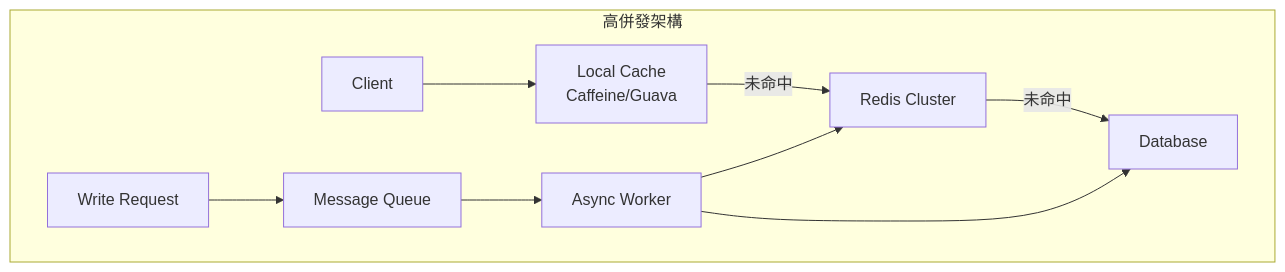
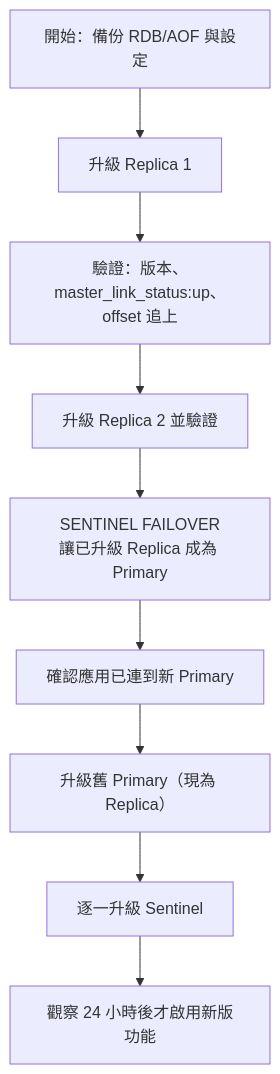
Before and after one commit to chihhung/Blog: diagram 20 of 30 in content/posts/教學/工具/Redis教學手冊.md, drawn with Mermaid. The commit also changed other lines of this file and 10 other files, not shown here.

````diff
--- a/content/posts/教學/工具/Redis教學手冊.md
+++ b/content/posts/教學/工具/Redis教學手冊.md
@@ -2589,13 +3593,11 @@
 ```mermaid
 flowchart TB
-    subgraph "高併發架構"
-        A[Client] --> B[Local Cache<br/>Caffeine/Guava]
-        B -->|未命中| C[Redis Cluster]
-        C -->|未命中| D[Database]
-        
-        E[Write Request] --> F[Message Queue]
-        F --> G[Async Worker]
-        G --> C
-        G --> D
-    end
+    A[開始：備份 RDB/AOF 與設定] --> B[升級 Replica 1]
+    B --> C[驗證：版本、master_link_status:up、offset 追上]
+    C --> D[升級 Replica 2 並驗證]
+    D --> E[SENTINEL FAILOVER<br/>讓已升級 Replica 成為 Primary]
+    E --> F[確認應用已連到新 Primary]
+    F --> G[升級舊 Primary（現為 Replica）]
+    G --> H[逐一升級 Sentinel]
+    H --> I[觀察 24 小時後才啟用新版功能]
 ```
````
